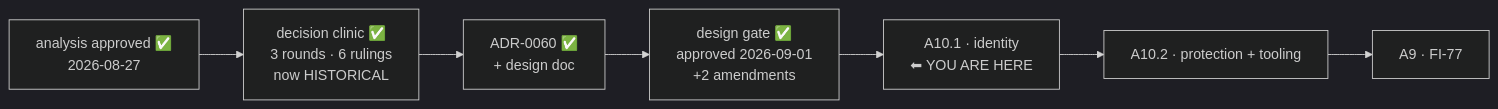
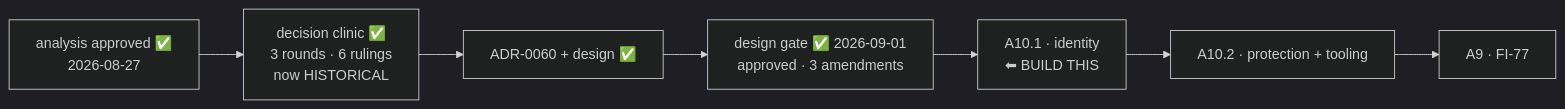
Before and after one commit to alergyonthestage/claude-orchestrator: the diagram in docs/maintainers/handoff.md, drawn with Mermaid (dark theme). The commit also changed other lines of this file, not shown here.

````diff
--- a/docs/maintainers/handoff.md
+++ b/docs/maintainers/handoff.md
@@ -16,9 +16,9 @@
 ```mermaid
 flowchart LR
     AN["analysis approved ✅<br/>2026-08-27"] --> CL["decision clinic ✅<br/>3 rounds · 6 rulings<br/>now HISTORICAL"]
-    CL --> ADR["ADR-0060 ✅<br/>+ design doc"]
-    ADR --> GATE["design gate ✅<br/>approved 2026-09-01<br/>+2 amendments"]
-    GATE --> A101["A10.1 · identity<br/>⬅ YOU ARE HERE"]
+    CL --> ADR["ADR-0060 + design ✅"]
+    ADR --> GATE["design gate ✅ 2026-09-01<br/>approved · 3 amendments"]
+    GATE --> A101["A10.1 · identity<br/>⬅ BUILD THIS"]
     A101 --> A102["A10.2 · protection + tooling"]
     A102 --> A9["A9 · FI-77"]
 ```
````
